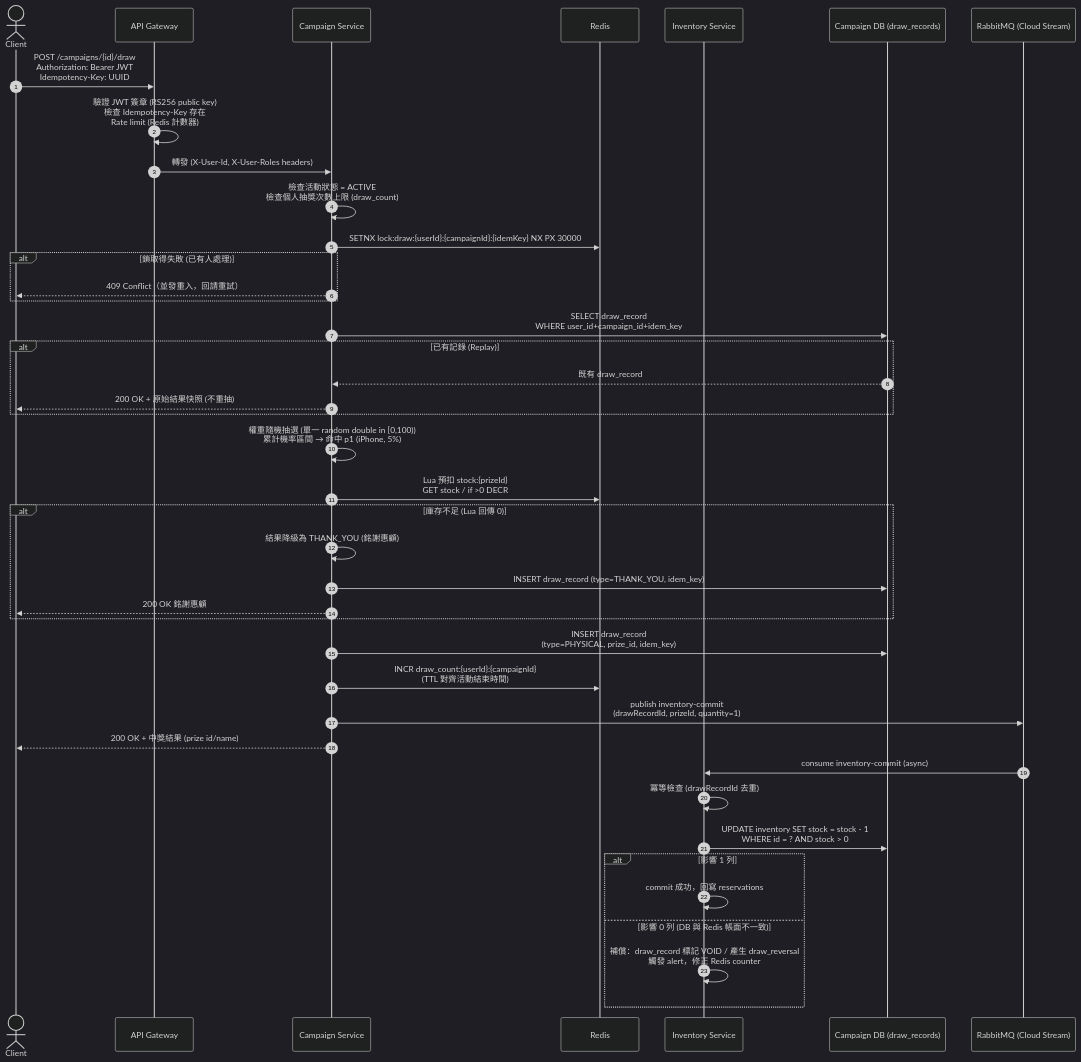
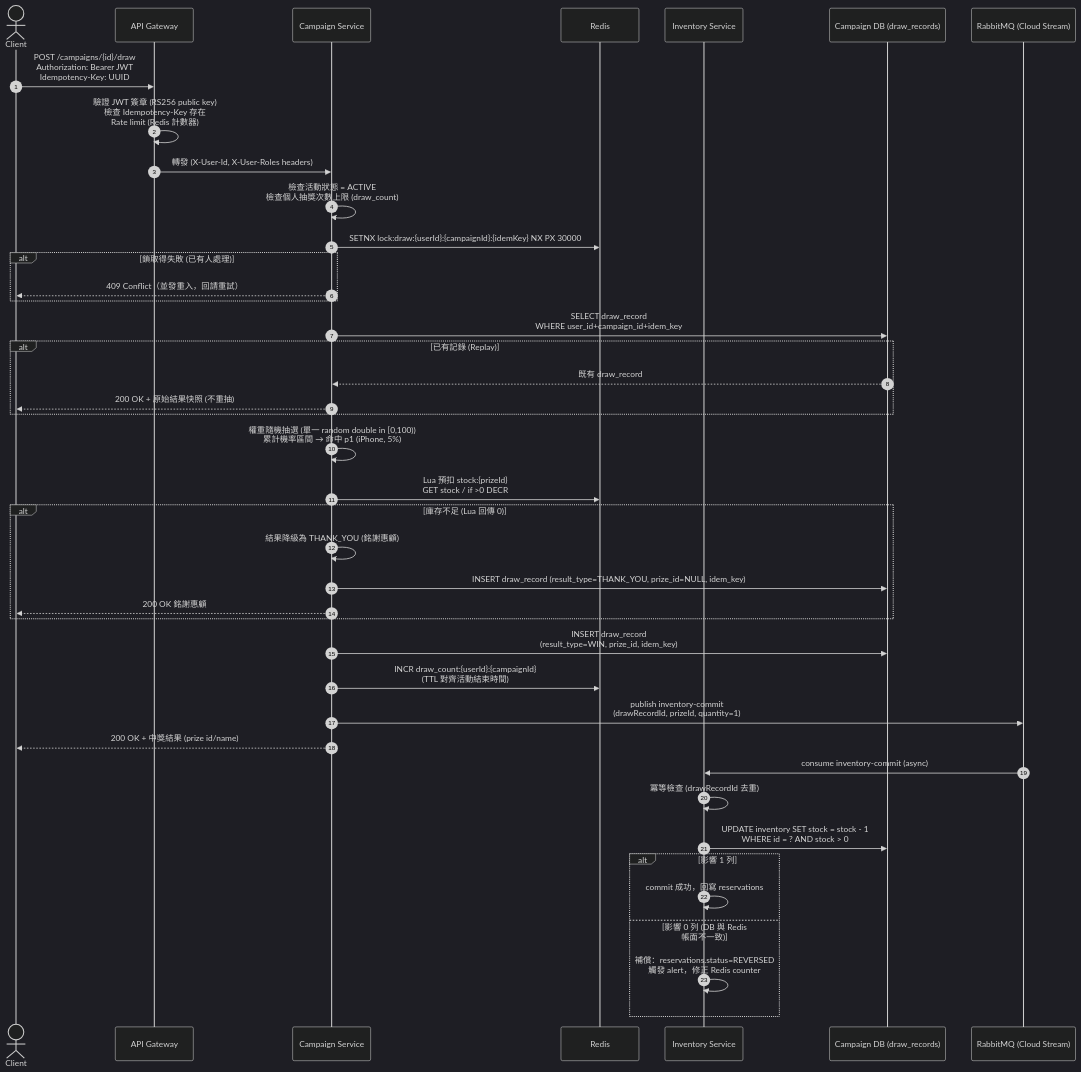
One commit to jjyung/lucky-draw-system changed the first of 4 diagrams in docs/architecture/draw-flow.md. Above: the diagram before and after it, drawn with Mermaid (dark theme). The commit also changed other lines of this file and 12 other files, not shown here.

````diff
--- a/docs/architecture/draw-flow.md
+++ b/docs/architecture/draw-flow.md
@@ -7,49 +7,49 @@
 ```mermaid
 sequenceDiagram
     autonumber
     actor C as Client
     participant G as API Gateway
     participant CS as Campaign Service
     participant R as Redis
     participant INV as Inventory Service
     participant DB as Campaign DB (draw_records)
     participant MQ as RabbitMQ (Cloud Stream)
 
     C->>G: POST /campaigns/{id}/draw<br/>Authorization: Bearer JWT<br/>Idempotency-Key: UUID
     G->>G: 驗證 JWT 簽章 (RS256 public key)<br/>檢查 Idempotency-Key 存在<br/>Rate limit (Redis 計數器)
     G->>CS: 轉發 (X-User-Id, X-User-Roles headers)
 
     CS->>CS: 檢查活動狀態 = ACTIVE<br/>檢查個人抽獎次數上限 (draw_count)
     CS->>R: SETNX lock:draw:{userId}:{campaignId}:{idemKey} NX PX 30000
     alt 鎖取得失敗 (已有人處理)
         CS-->>C: 409 Conflict（並發重入，回請重試）
     end
 
     CS->>DB: SELECT draw_record<br/>WHERE user_id+campaign_id+idem_key
     alt 已有記錄 (Replay)
         DB-->>CS: 既有 draw_record
         CS-->>C: 200 OK + 原始結果快照 (不重抽)
     end
 
     CS->>CS: 權重隨機抽選 (單一 random double in [0,100))<br/>累計機率區間 → 命中 p1 (iPhone, 5%)
     CS->>R: Lua 預扣 stock:{prizeId}<br/>GET stock / if >0 DECR
     alt 庫存不足 (Lua 回傳 0)
         CS->>CS: 結果降級為 THANK_YOU (銘謝惠顧)
-        CS->>DB: INSERT draw_record (type=THANK_YOU, idem_key)
+        CS->>DB: INSERT draw_record (result_type=THANK_YOU, prize_id=NULL, idem_key)
         CS-->>C: 200 OK 銘謝惠顧
     end
 
-    CS->>DB: INSERT draw_record<br/>(type=PHYSICAL, prize_id, idem_key)
+    CS->>DB: INSERT draw_record<br/>(result_type=WIN, prize_id, idem_key)
     CS->>R: INCR draw_count:{userId}:{campaignId}<br/>(TTL 對齊活動結束時間)
     CS->>MQ: publish inventory-commit<br/>(drawRecordId, prizeId, quantity=1)
     CS-->>C: 200 OK + 中獎結果 (prize id/name)
 
     MQ->>INV: consume inventory-commit (async)
     INV->>INV: 冪等檢查 (drawRecordId 去重)
     INV->>DB: UPDATE inventory SET stock = stock - 1<br/>WHERE id = ? AND stock > 0
     alt 影響 1 列
         INV->>INV: commit 成功，回寫 reservations
     else 影響 0 列 (DB 與 Redis 帳面不一致)
-        INV->>INV: 補償：draw_record 標記 VOID / 產生 draw_reversal<br/>觸發 alert，修正 Redis counter
+        INV->>INV: 補償：reservations.status=REVERSED<br/>觸發 alert，修正 Redis counter
     end
 ```
````
